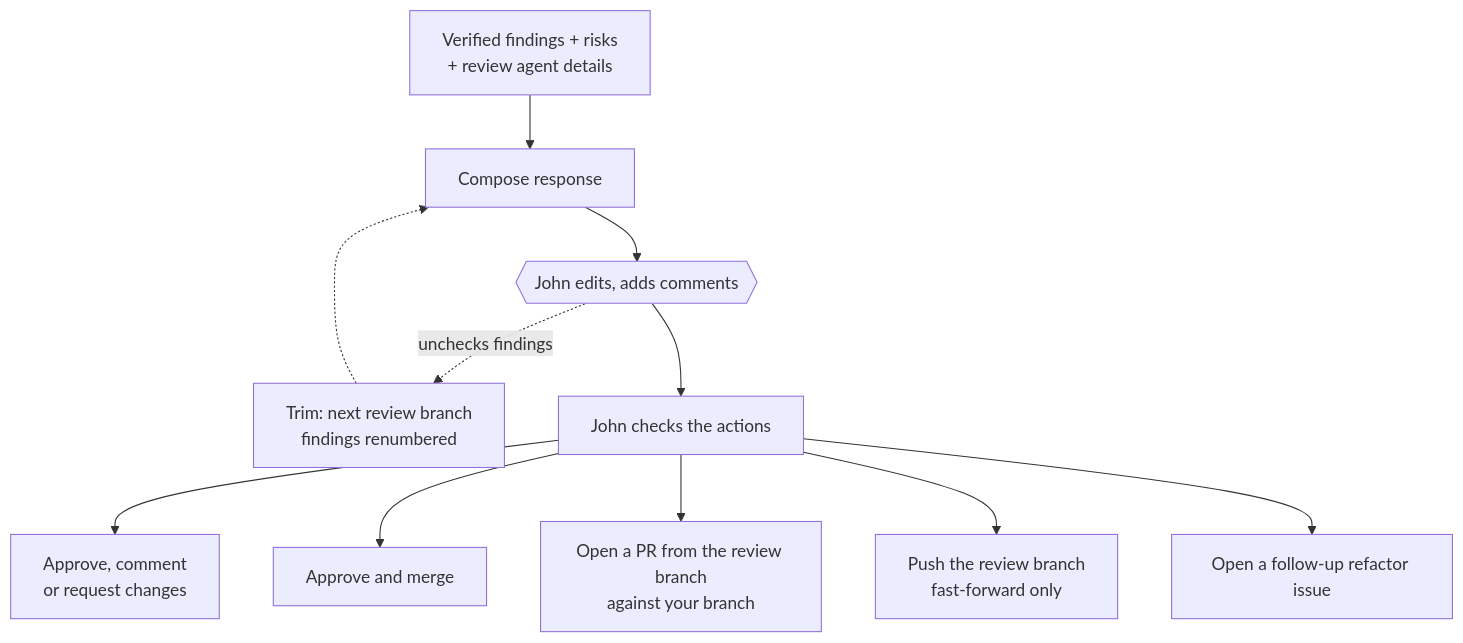
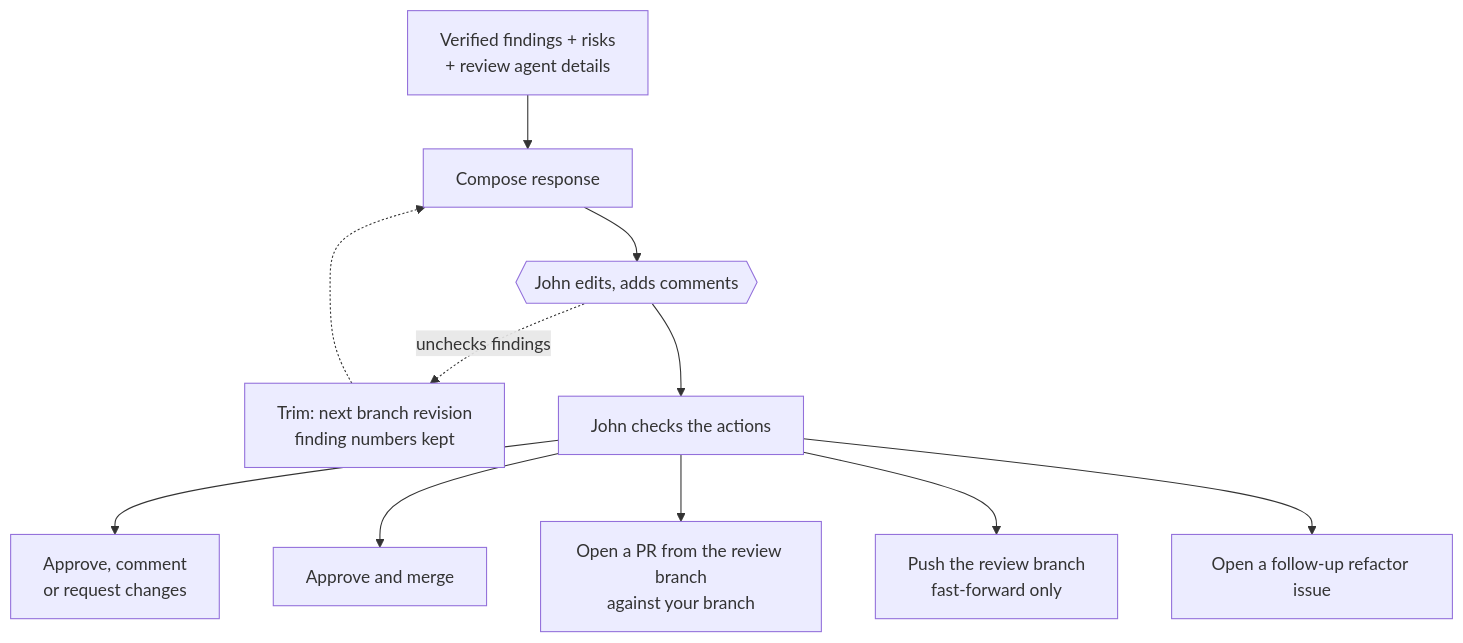
Before and after one commit to jmchilton/galaxy-brain: the fourth of 4 diagrams in vault/agents/factory/REVIEW_FACTORY.md, drawn with Mermaid. The commit also changed other lines of this file and 54 other files, not shown here.

First line of the commit message:
factory: review-factory package, findings YAML groundwork

````diff
--- a/vault/agents/factory/REVIEW_FACTORY.md
+++ b/vault/agents/factory/REVIEW_FACTORY.md
@@ -90,13 +90,13 @@
 ```mermaid
 flowchart TD
   In["Verified findings + risks<br/>+ review agent details"] --> C["Compose response"]
   C --> J{{"John edits, adds comments"}}
-  J -.->|"unchecks findings"| T["Trim: next review branch<br/>findings renumbered"]
+  J -.->|"unchecks findings"| T["Trim: next branch revision<br/>finding numbers kept"]
   T -.-> C
   J --> A["John checks the actions"]
   A --> Rv["Approve, comment<br/>or request changes"]
   A --> M["Approve and merge"]
   A --> BP["Open a PR from the review branch<br/>against your branch"]
   A --> Pu["Push the review branch<br/>fast-forward only"]
   A --> Is["Open a follow-up refactor issue"]
 ```
````
